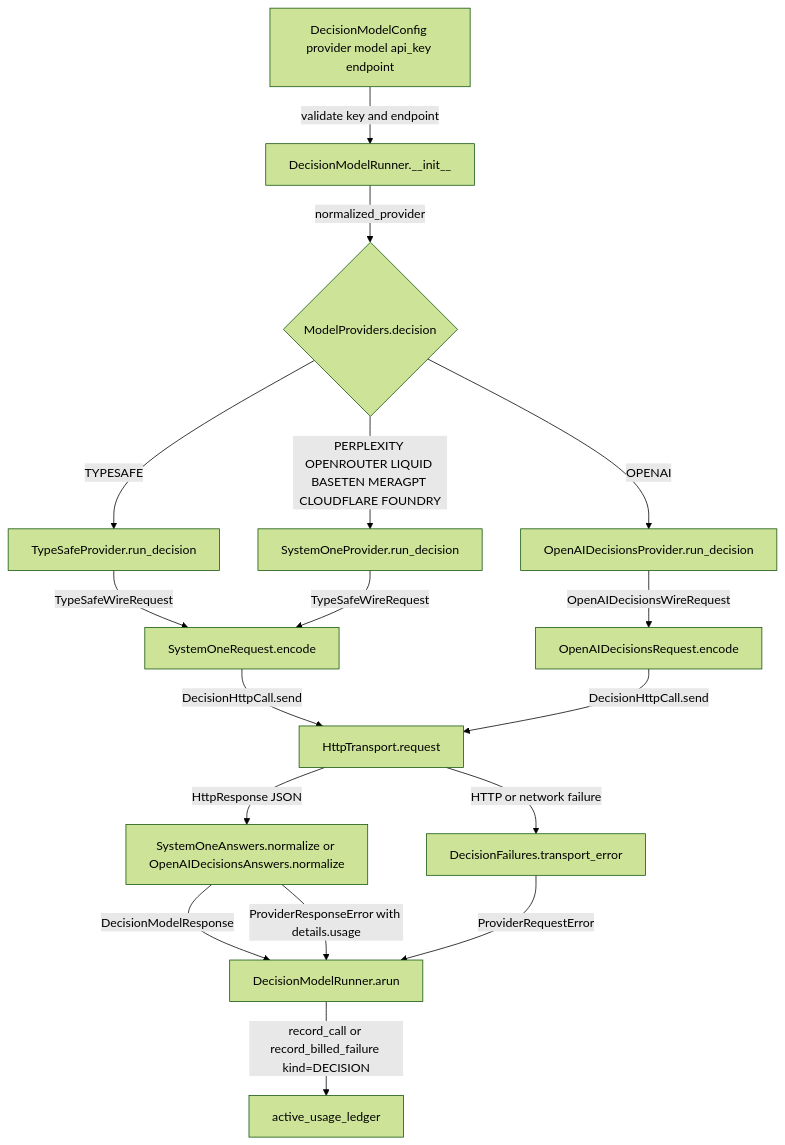
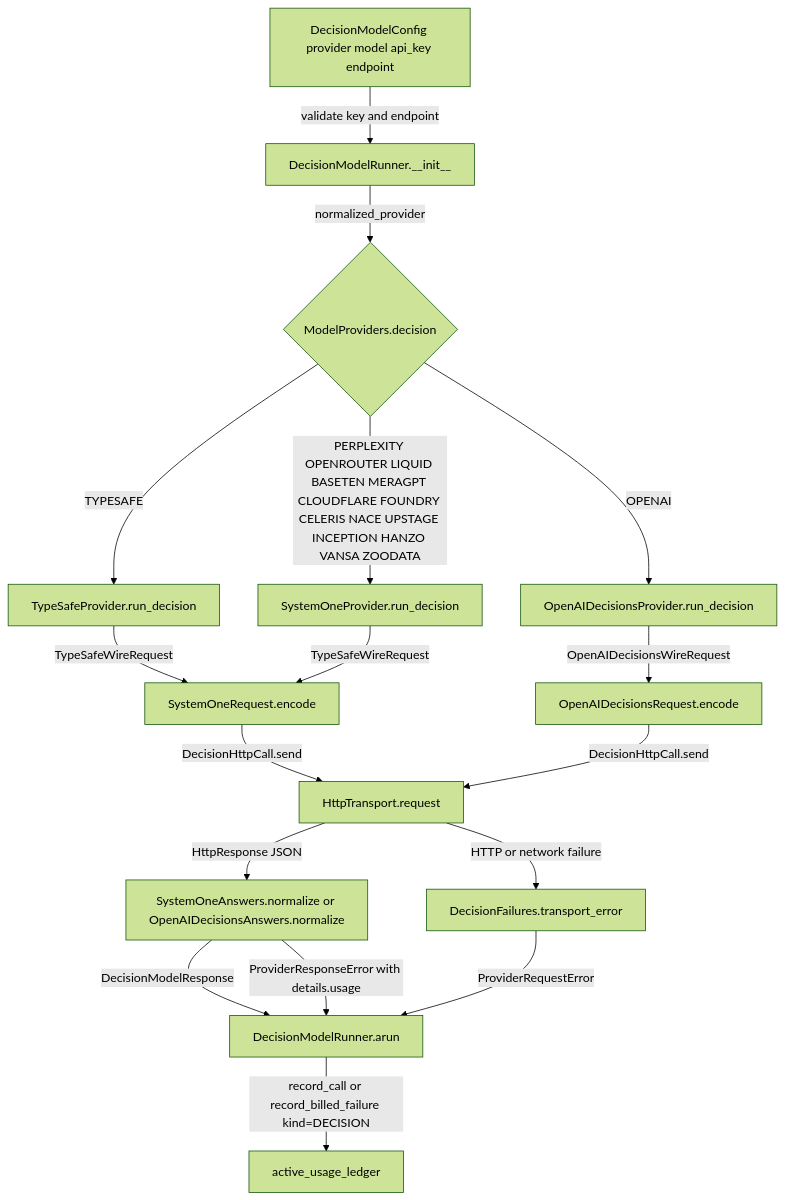
The first of 2 diagrams in docs/spec/decision-model-providers/spec.md (cerredz/Vidbyte-SDK), drawn with Mermaid (forest theme) before and after one commit. The commit also changed other lines of this file, not shown here.

Commit message:
docs(spec): r7 — Baseten at Inception rate, luna long-context tier, 7 new System One providers, price-proof links

````diff
--- a/docs/spec/decision-model-providers/spec.md
+++ b/docs/spec/decision-model-providers/spec.md
@@ -108,19 +125,19 @@
 ```mermaid
 flowchart TD
   A[DecisionModelConfig provider model api_key endpoint] -->|validate key and endpoint| B[DecisionModelRunner.__init__]
   B -->|normalized_provider| C{ModelProviders.decision}
   C -->|TYPESAFE| D[TypeSafeProvider.run_decision]
-  C -->|PERPLEXITY OPENROUTER LIQUID BASETEN MERAGPT CLOUDFLARE FOUNDRY| E[SystemOneProvider.run_decision]
+  C -->|PERPLEXITY OPENROUTER LIQUID BASETEN MERAGPT CLOUDFLARE FOUNDRY CELERIS NACE UPSTAGE INCEPTION HANZO VANSA ZOODATA| E[SystemOneProvider.run_decision]
   C -->|OPENAI| F[OpenAIDecisionsProvider.run_decision]
   D -->|TypeSafeWireRequest| G[SystemOneRequest.encode]
   E -->|TypeSafeWireRequest| G
   F -->|OpenAIDecisionsWireRequest| H[OpenAIDecisionsRequest.encode]
   G -->|DecisionHttpCall.send| I[HttpTransport.request]
   H -->|DecisionHttpCall.send| I
   I -->|HttpResponse JSON| J[SystemOneAnswers.normalize or OpenAIDecisionsAnswers.normalize]
   I -->|HTTP or network failure| K[DecisionFailures.transport_error]
   J -->|DecisionModelResponse| L[DecisionModelRunner.arun]
   J -->|ProviderResponseError with details.usage| L
   K -->|ProviderRequestError| L
   L -->|record_call or record_billed_failure kind=DECISION| M[active_usage_ledger]
 ```
````
